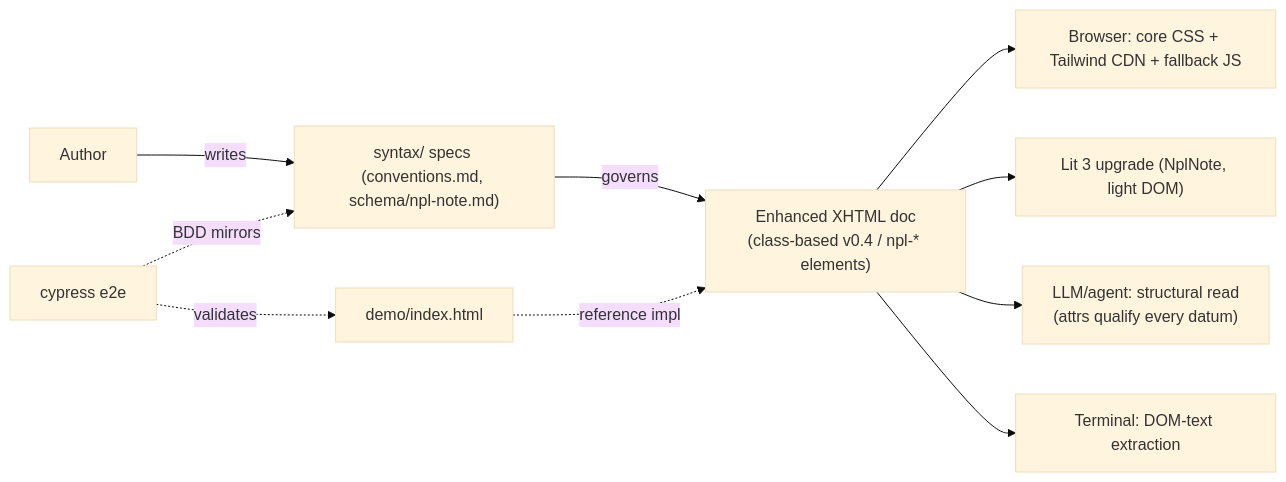
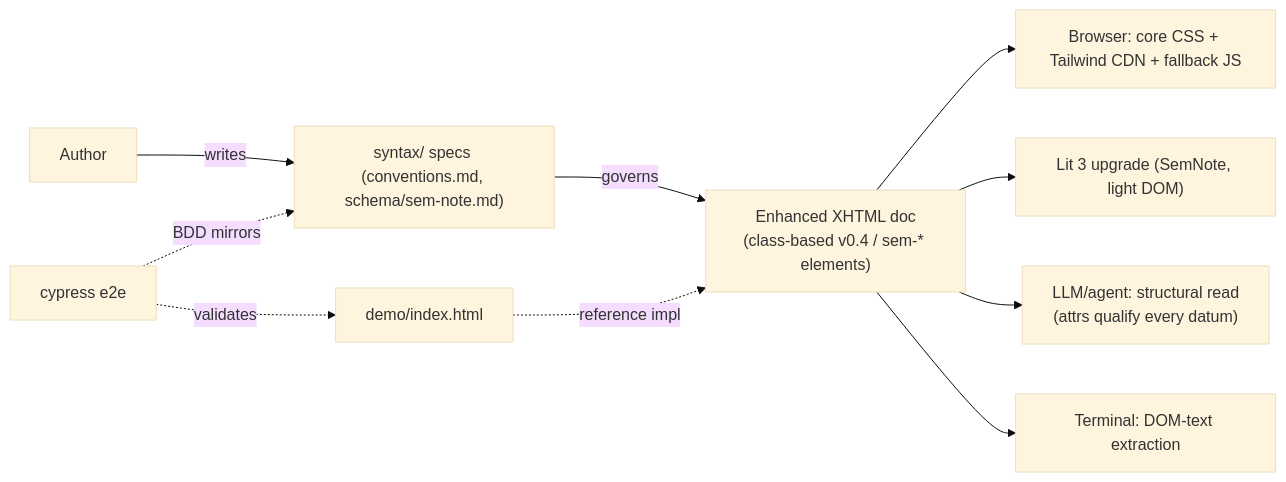
The diagram in docs/PROJ-ARCH.md (noizu-labs-ml/npl-enhanced-content), drawn with Mermaid (base theme) before and after one commit. The commit also changed other lines of this file and 51 other files, not shown here.

First line of the commit message:
refactor(rebrand): migrate npl-* element names, events, script ids and identifiers to sem-*

````diff
--- a/docs/PROJ-ARCH.md
+++ b/docs/PROJ-ARCH.md
@@ -16,12 +16,12 @@
 ```mermaid
 graph LR
-    A[Author] -->|writes| S["syntax/ specs (conventions.md, schema/npl-note.md)"]
-    S -->|governs| D["Enhanced XHTML doc<br/>(class-based v0.4 / npl-* elements)"]
+    A[Author] -->|writes| S["syntax/ specs (conventions.md, schema/sem-note.md)"]
+    S -->|governs| D["Enhanced XHTML doc<br/>(class-based v0.4 / sem-* elements)"]
     D --> B["Browser: core CSS + Tailwind CDN + fallback JS"]
-    D --> L["Lit 3 upgrade (NplNote, light DOM)"]
+    D --> L["Lit 3 upgrade (SemNote, light DOM)"]
     D --> M["LLM/agent: structural read<br/>(attrs qualify every datum)"]
     D --> T["Terminal: DOM-text extraction"]
     C["demo/index.html"] -.reference impl.-> D
     E["cypress e2e"] -.validates.-> C
     E -.BDD mirrors.-> S
 ```
````
